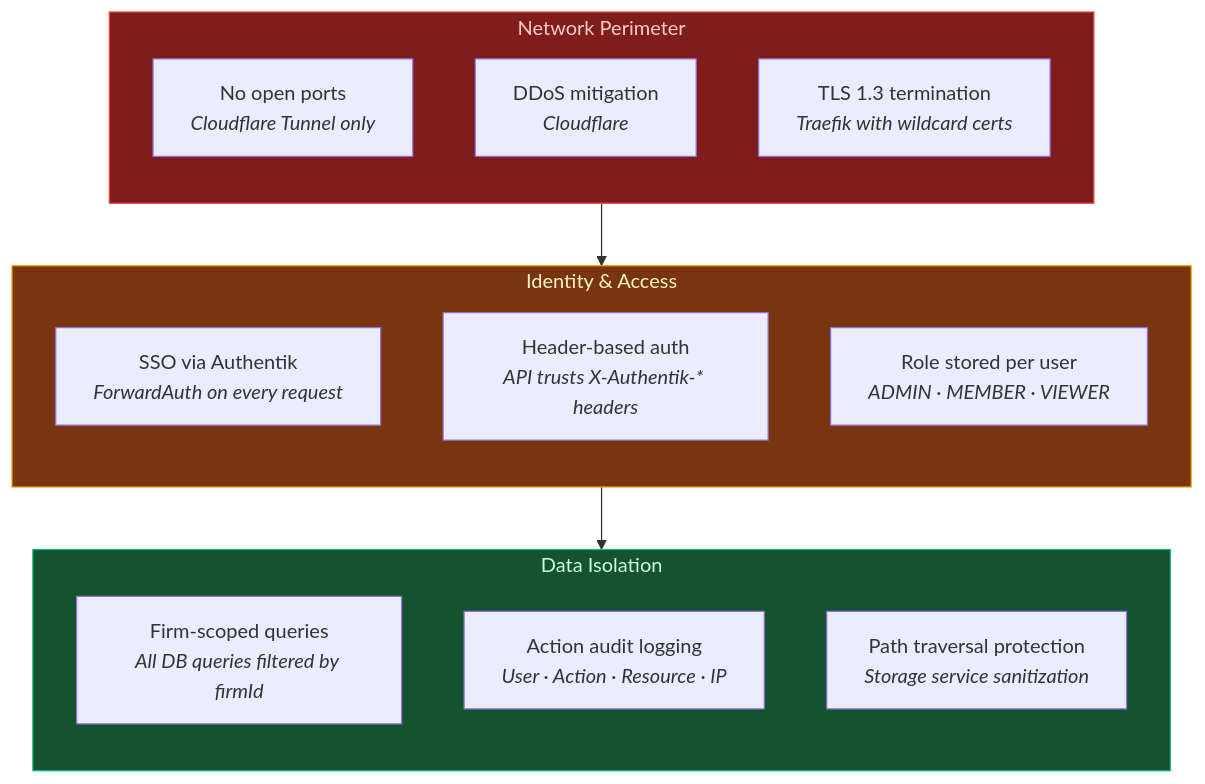
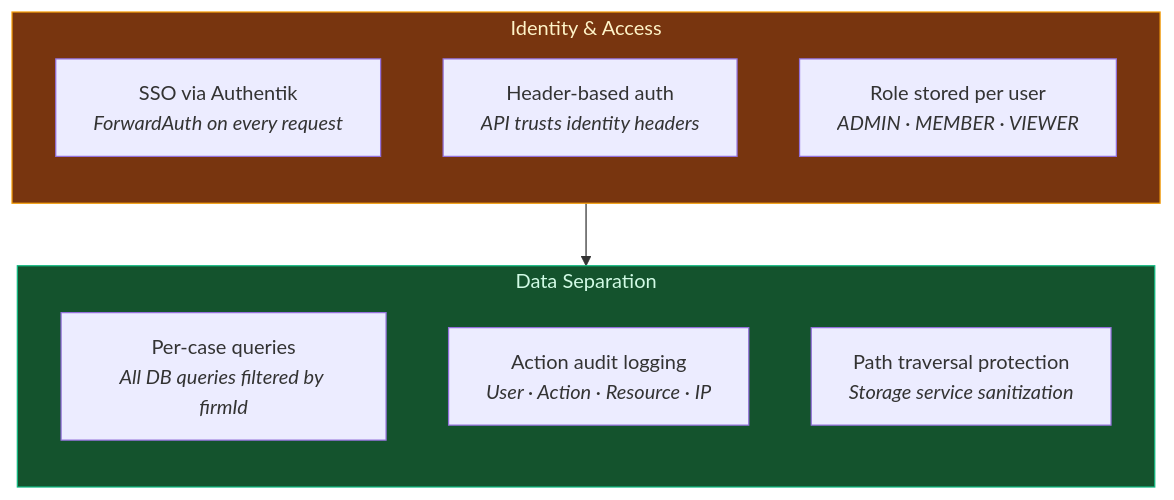
Before and after one commit to EolaFam1828/AetherLegalIntelligence: the ninth of 11 diagrams in ARCHITECTURE.md, drawn with Mermaid. The commit also changed other lines of this file and 4 other files, not shown here.

````diff
--- a/ARCHITECTURE.md
+++ b/ARCHITECTURE.md
@@ -460,29 +452,21 @@
 ```mermaid
 flowchart TB
-    subgraph PERIMETER["Network Perimeter"]
-        direction TB
-        A["No open ports<br/><i>Cloudflare Tunnel only</i>"]
-        B["DDoS mitigation<br/><i>Cloudflare</i>"]
-        C["TLS 1.3 termination<br/><i>Traefik with wildcard certs</i>"]
-    end
-
     subgraph IDENTITY["Identity & Access"]
         direction TB
         D["SSO via Authentik<br/><i>ForwardAuth on every request</i>"]
-        E["Header-based auth<br/><i>API trusts X-Authentik-* headers</i>"]
+        E["Header-based auth<br/><i>API trusts identity headers</i>"]
         F["Role stored per user<br/><i>ADMIN · MEMBER · VIEWER</i>"]
     end
 
-    subgraph DATA_SEC["Data Isolation"]
+    subgraph DATA_SEC["Data Separation"]
         direction TB
-        G["Firm-scoped queries<br/><i>All DB queries filtered by firmId</i>"]
+        G["Per-case queries<br/><i>All DB queries filtered by firmId</i>"]
         H["Action audit logging<br/><i>User · Action · Resource · IP</i>"]
         I["Path traversal protection<br/><i>Storage service sanitization</i>"]
     end
 
-    PERIMETER --> IDENTITY --> DATA_SEC
+    IDENTITY --> DATA_SEC
 
-    style PERIMETER fill:#7f1d1d,stroke:#ef4444,color:#fecaca
     style IDENTITY fill:#78350f,stroke:#f59e0b,color:#fef3c7
     style DATA_SEC fill:#14532d,stroke:#10b981,color:#d1fae5
 ```
````
